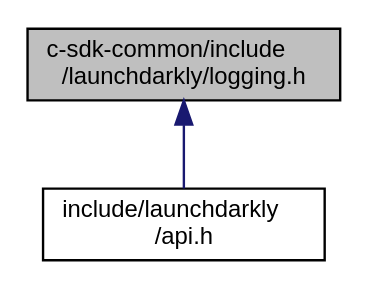
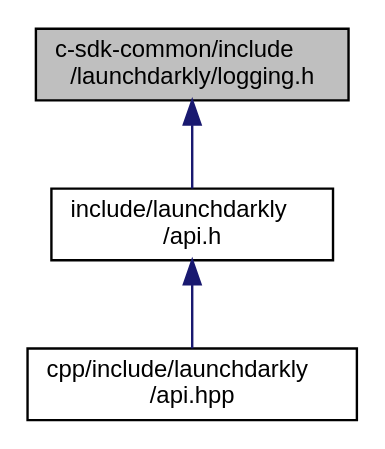
Before and after one commit to launchdarkly/c-client-sdk: the diagram in logging_8h__dep__incl.dot, drawn with Graphviz. The commit also changed 97 other files, not shown here.

```diff
--- a/logging_8h__dep__incl.dot
+++ b/logging_8h__dep__incl.dot
@@ -1,8 +1,10 @@
 digraph "c-sdk-common/include/launchdarkly/logging.h"
 {
   edge [fontname="Helvetica",fontsize="10",labelfontname="Helvetica",labelfontsize="10"];
   node [fontname="Helvetica",fontsize="10",shape=record];
   Node2 [label="c-sdk-common/include\l/launchdarkly/logging.h",height=0.2,width=0.4,color="black", fillcolor="grey75", style="filled", fontcolor="black"];
   Node2 -> Node3 [dir="back",color="midnightblue",fontsize="10",style="solid",fontname="Helvetica"];
   Node3 [label="include/launchdarkly\l/api.h",height=0.2,width=0.4,color="black", fillcolor="white", style="filled",URL="$api_8h.html",tooltip="Public API. Include this for every public operation. "];
+  Node3 -> Node4 [dir="back",color="midnightblue",fontsize="10",style="solid",fontname="Helvetica"];
+  Node4 [label="cpp/include/launchdarkly\l/api.hpp",height=0.2,width=0.4,color="black", fillcolor="white", style="filled",URL="$api_8hpp.html",tooltip="Public C++ bindings for the LaunchDarkly Client Side C/C++ SDK. "];
 }
```
